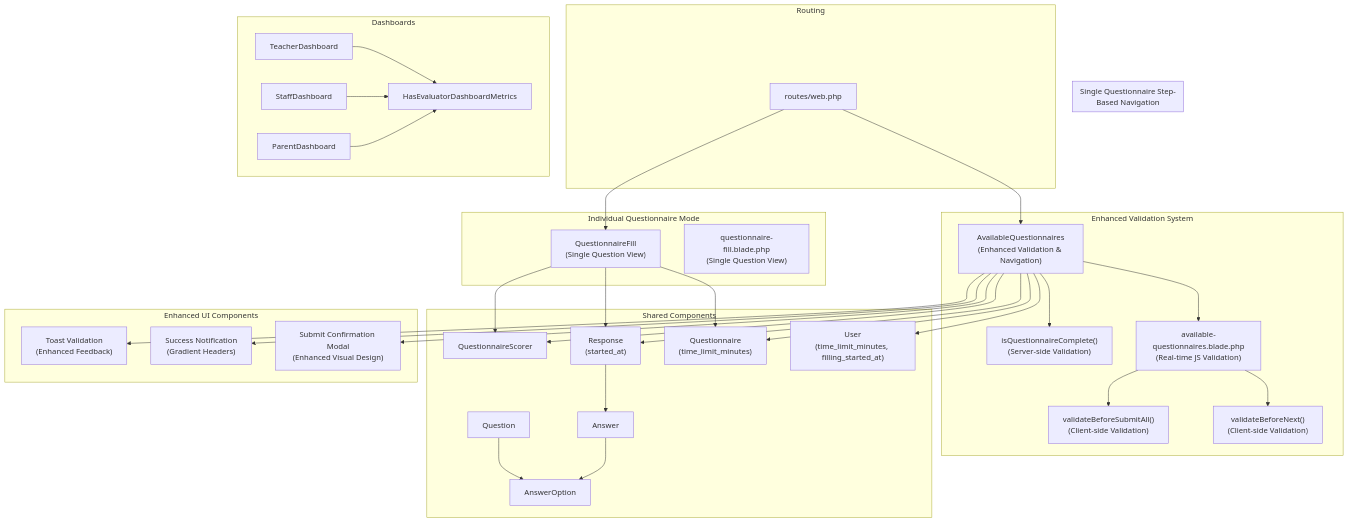
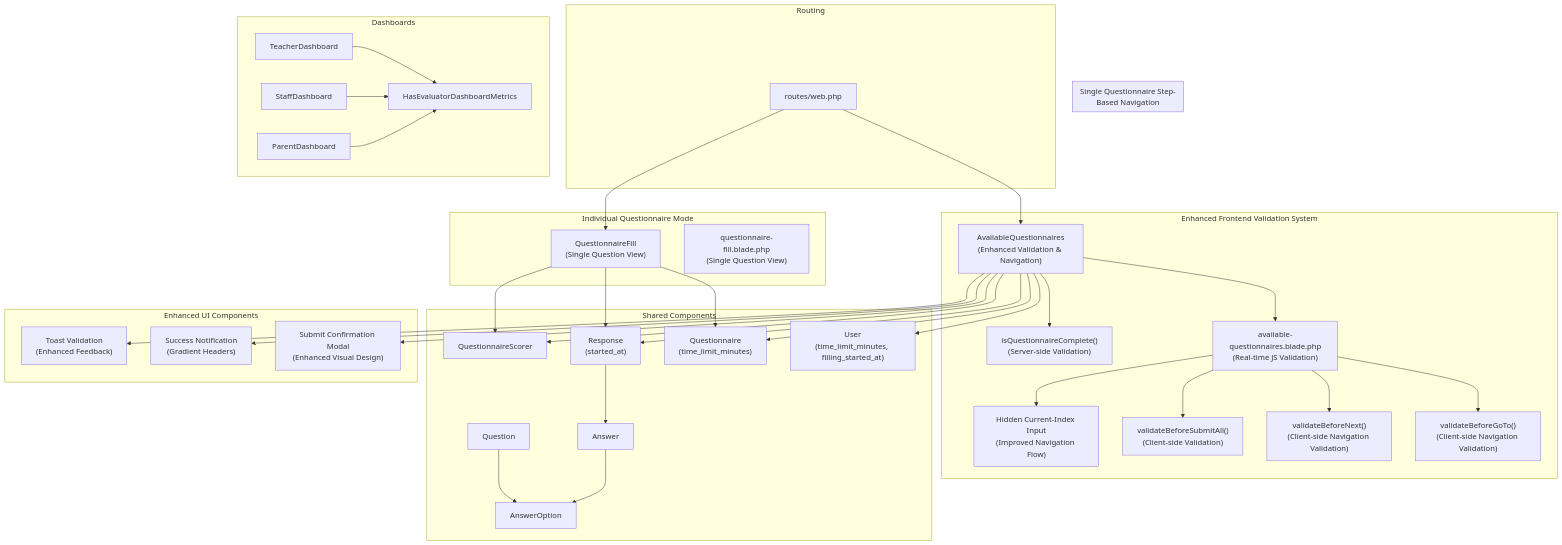
The first of 9 diagrams in .qoder/repowiki/en/content/Core Features/Evaluation Workflows/Questionnaire Filling Interface.md (rudicatsmile/assesment360), drawn with Mermaid before and after one commit. The commit also changed other lines of this file and 6 other files, not shown here.

First line of the commit message:
feat(frontend): enhance questionnaire navigation and validation system

````diff
--- a/.qoder/repowiki/en/content/Core Features/Evaluation Workflows/Questionnaire Filling Interface.md
+++ b/.qoder/repowiki/en/content/Core Features/Evaluation Workflows/Questionnaire Filling Interface.md
@@ -59,61 +60,65 @@
 ```mermaid
 graph TB
-subgraph "Enhanced Validation System"
+subgraph "Enhanced Frontend Validation System"
 AQ["AvailableQuestionnaires<br/>(Enhanced Validation & Navigation)"]
 AQV["available-questionnaires.blade.php<br/>(Real-time JS Validation)"]
 ICQ["isQuestionnaireComplete()<br/>(Server-side Validation)"]
-VBE["validateBeforeNext()<br/>(Client-side Validation)"]
-VBA["validateBeforeSubmitAll()<br/>(Client-side Validation)"]
+VBT["validateBeforeGoTo()<br/>(Client-side Navigation Validation)"]
+VBN["validateBeforeNext()<br/>(Client-side Navigation Validation)"]
+VBS["validateBeforeSubmitAll()<br/>(Client-side Validation)"]
+HCI["Hidden Current-Index Input<br/>(Improved Navigation Flow)"]
 end
 subgraph "Single Questionnaire Step-Based Navigation"
 AQ --> AQV
 AQ --> ICQ
-AQV --> VBE
-AQV --> VBA
+AQV --> VBT
+AQV --> VBN
+AQV --> VBS
+AQV --> HCI
 end
 subgraph "Individual Questionnaire Mode"
 WF["QuestionnaireFill<br/>(Single Question View)"]
 QF["questionnaire-fill.blade.php<br/>(Single Question View)"]
 end
 subgraph "Shared Components"
 QN["Questionnaire<br/>(time_limit_minutes)"]
 QT["Question"]
 AO["AnswerOption"]
 RP["Response<br/>(started_at)"]
 AN["Answer"]
 US["User<br/>(time_limit_minutes, filling_started_at)"]
 SC["QuestionnaireScorer"]
 end
 subgraph "Enhanced UI Components"
 SCM["Submit Confirmation Modal<br/>(Enhanced Visual Design)"]
 SN["Success Notification<br/>(Gradient Headers)"]
 TV["Toast Validation<br/>(Enhanced Feedback)"]
 end
 subgraph "Routing"
 RT["routes/web.php"]
 end
 subgraph "Dashboards"
 TD["TeacherDashboard"]
 SD["StaffDashboard"]
 PD["ParentDashboard"]
 METRICS["HasEvaluatorDashboardMetrics"]
 end
 AQ --> US
 AQ --> QN
 WF --> QN
 AQ --> RP
 WF --> RP
 RP --> AN
 QT --> AO
 AN --> AO
 AQ --> SC
 WF --> SC
 AQ --> SCM
 AQ --> SN
 AQ --> TV
 RT --> AQ
 RT --> WF
 TD --> METRICS
 SD --> METRICS
 PD --> METRICS
 ```
````
